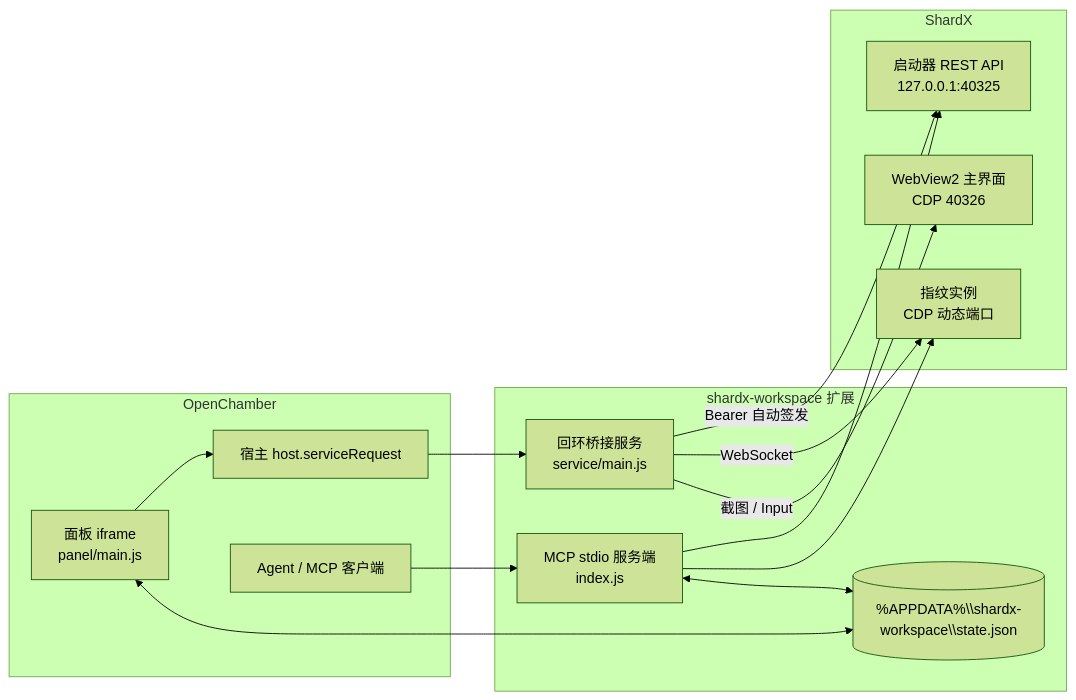
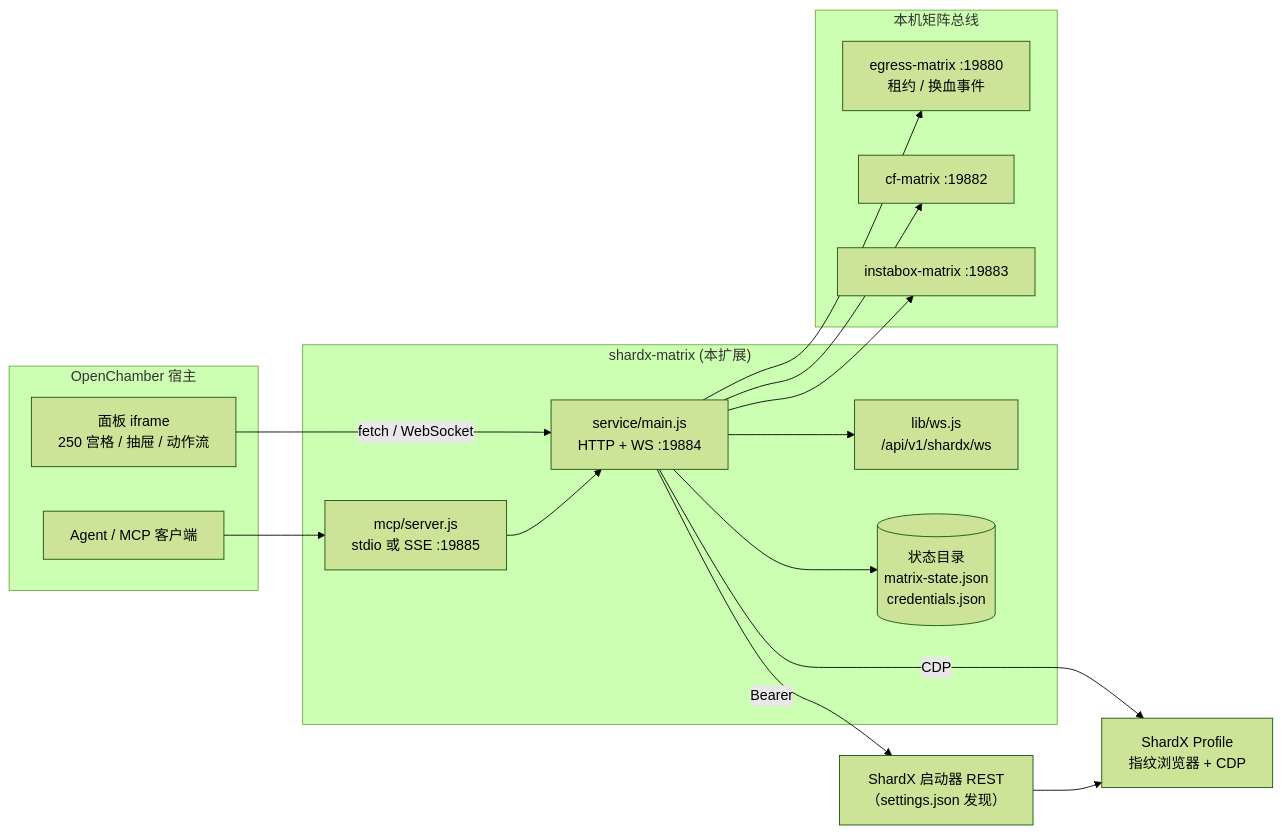
The diagram in README.md (wbi35772/openchamber-shardx), drawn with Mermaid (forest theme) before and after one commit. The commit also changed other lines of this file and 24 other files, not shown here.

Commit message:
feat(v2): ShardX matrix guest extension (host service, page, 5 MCP tools)

````diff
--- a/README.md
+++ b/README.md
@@ -160,30 +30,34 @@
 ```mermaid
 flowchart LR
-  subgraph OC["OpenChamber"]
-    UI["面板 iframe<br/>panel/main.js"]
-    HOST["宿主 host.serviceRequest"]
-    MCP["Agent / MCP 客户端"]
+  subgraph OC["OpenChamber 宿主"]
+    Panel["面板 iframe<br/>250 宫格 / 抽屉 / 动作流"]
+    Agent["Agent / MCP 客户端"]
   end
 
-  subgraph EXT["shardx-workspace 扩展"]
-    SVC["回环桥接服务<br/>service/main.js"]
-    IDX["MCP stdio 服务端<br/>index.js"]
-    STATE[("%APPDATA%\\shardx-workspace\\state.json")]
+  subgraph Ext["shardx-matrix (本扩展)"]
+    Svc["service/main.js<br/>HTTP + WS :19884"]
+    Hub["lib/ws.js<br/>/api/v1/shardx/ws"]
+    Store[("状态目录<br/>matrix-state.json<br/>credentials.json")]
+    Mcp["mcp/server.js<br/>stdio 或 SSE :19885"]
   end
 
-  subgraph SX["ShardX"]
-    API["启动器 REST API<br/>127.0.0.1:40325"]
-    WEB["WebView2 主界面<br/>CDP 40326"]
-    INST["指纹实例<br/>CDP 动态端口"]
+  subgraph Buses["本机矩阵总线"]
+    Eg["egress-matrix :19880<br/>租约 / 换血事件"]
+    Cf["cf-matrix :19882"]
+    Ib["instabox-matrix :19883"]
   end
 
-  UI --> HOST --> SVC
-  SVC -->|Bearer 自动签发| API
-  SVC -->|WebSocket| INST
-  SVC -->|截图 / Input| WEB
-  MCP --> IDX
-  IDX --> API
-  IDX --> INST
-  UI <--> STATE
-  IDX <--> STATE
+  ShardX["ShardX 启动器 REST<br/>（settings.json 发现）"]
+  Profile["ShardX Profile<br/>指纹浏览器 + CDP"]
+
+  Panel -->|fetch / WebSocket| Svc
+  Agent --> Mcp --> Svc
+  Svc --> Hub
+  Svc --> Eg
+  Svc --> Cf
+  Svc --> Ib
+  Svc --> Store
+  Svc -->|Bearer| ShardX
+  Svc -->|CDP| Profile
+  ShardX --> Profile
 ```
````
